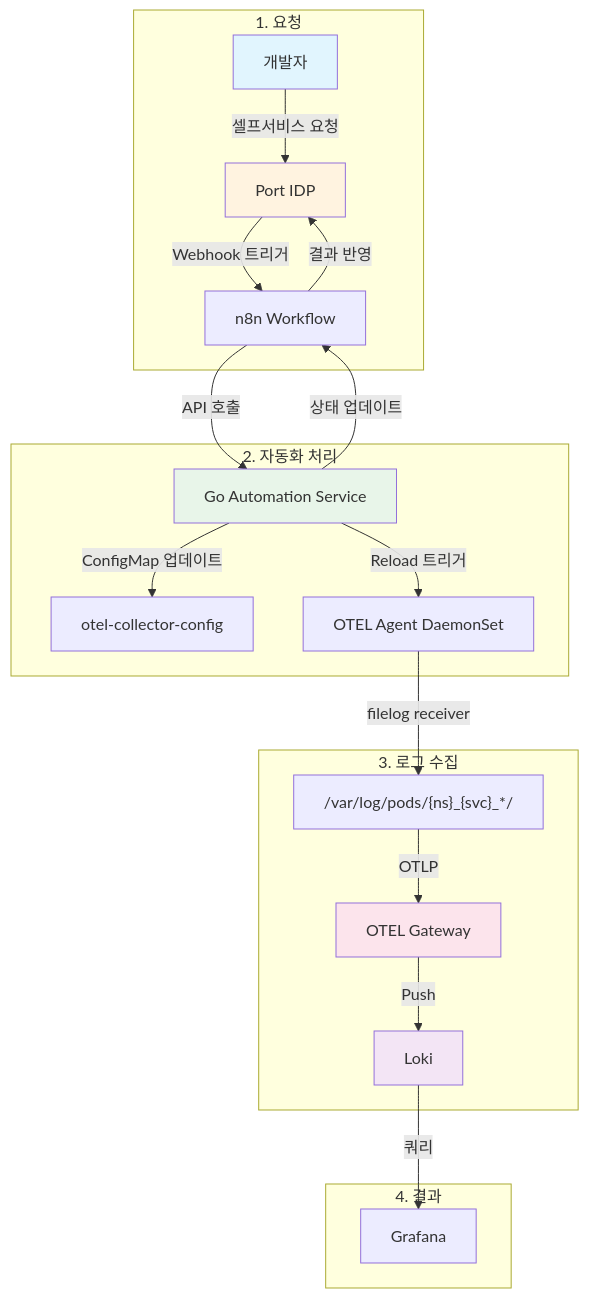
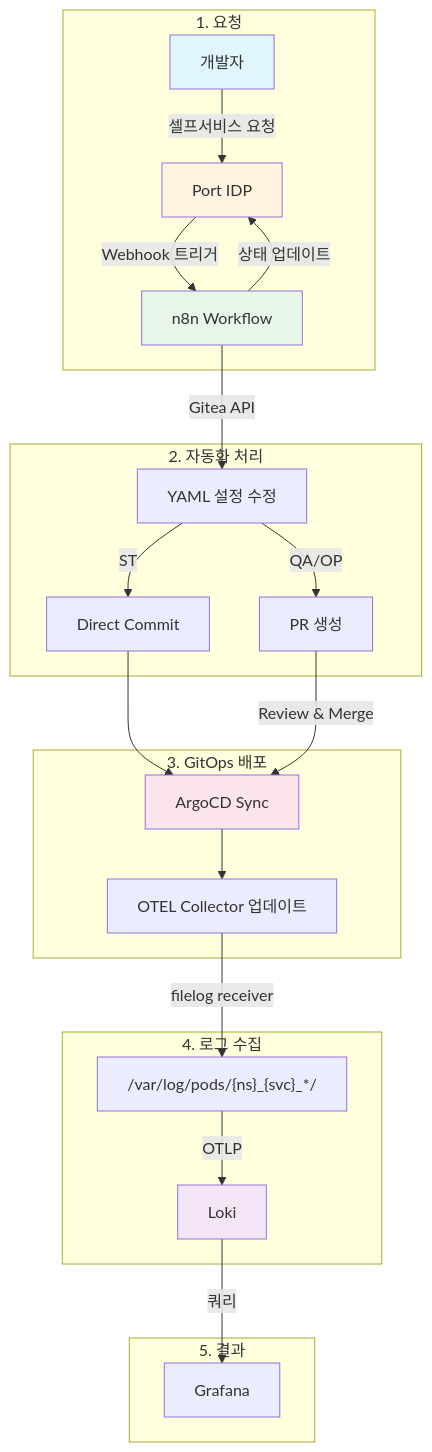
One commit to asjgi/n8n-workflow-otelcol changed the diagram in README.md. Above: the diagram before and after it, drawn with Mermaid. The commit also changed other lines of this file and 21 other files, not shown here.

First line of the commit message:
refactor: Migrate to n8n-only architecture with Gitea GitOps

````diff
--- a/README.md
+++ b/README.md
@@ -13,31 +13,35 @@
 ```mermaid
 flowchart TB
     subgraph Request["1. 요청"]
         A[개발자] -->|셀프서비스 요청| B[Port IDP]
         B -->|Webhook 트리거| C[n8n Workflow]
     end
 
     subgraph Automation["2. 자동화 처리"]
-        C -->|API 호출| D[Go Automation Service]
-        D -->|ConfigMap 업데이트| E[otel-collector-config]
-        D -->|Reload 트리거| F[OTEL Agent DaemonSet]
+        C -->|Gitea API| D[YAML 설정 수정]
+        D -->|ST| E1[Direct Commit]
+        D -->|QA/OP| E2[PR 생성]
     end
 
-    subgraph Collection["3. 로그 수집"]
-        F -->|filelog receiver| G["/var/log/pods/{ns}_{svc}_*/"]
-        G -->|OTLP| H[OTEL Gateway]
-        H -->|Push| I[Loki]
+    subgraph GitOps["3. GitOps 배포"]
+        E1 --> F[ArgoCD Sync]
+        E2 -->|Review & Merge| F
+        F --> G[OTEL Collector 업데이트]
     end
 
-    subgraph Result["4. 결과"]
-        D -->|상태 업데이트| C
-        C -->|결과 반영| B
+    subgraph Collection["4. 로그 수집"]
+        G -->|filelog receiver| H["/var/log/pods/{ns}_{svc}_*/"]
+        H -->|OTLP| I[Loki]
+    end
+
+    subgraph Result["5. 결과"]
+        C -->|상태 업데이트| B
         I -->|쿼리| J[Grafana]
     end
 
     style A fill:#e1f5fe
     style B fill:#fff3e0
-    style D fill:#e8f5e9
-    style H fill:#fce4ec
+    style C fill:#e8f5e9
+    style F fill:#fce4ec
     style I fill:#f3e5f5
 ```
````
